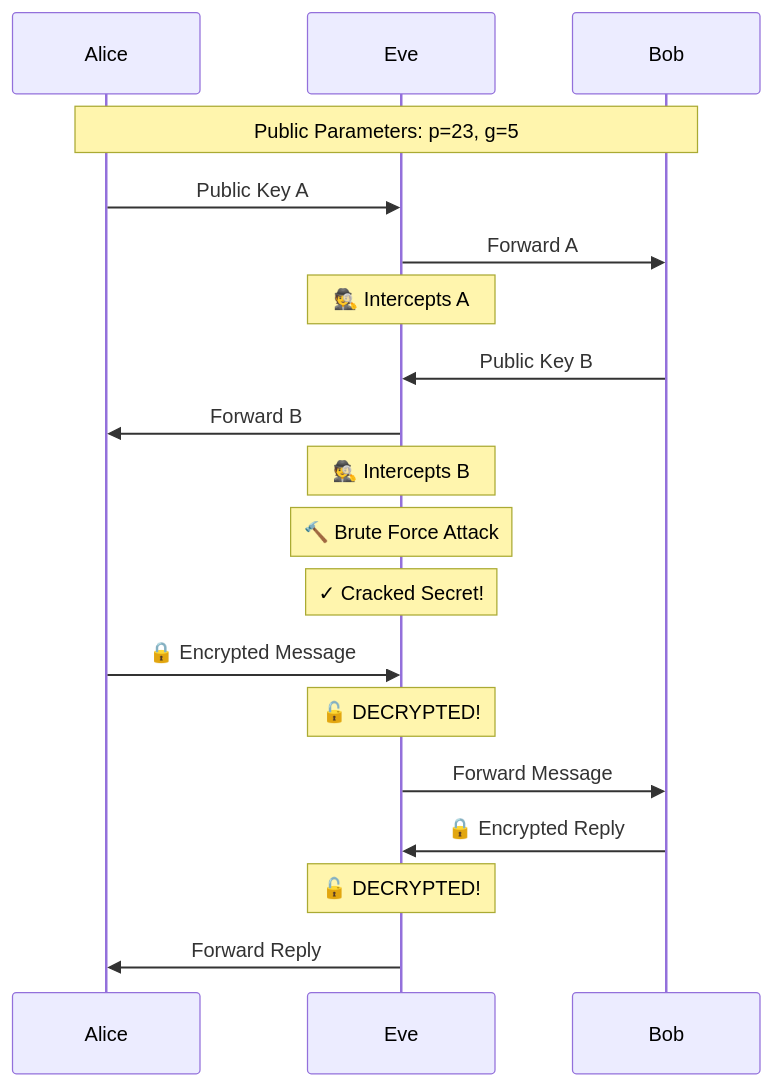
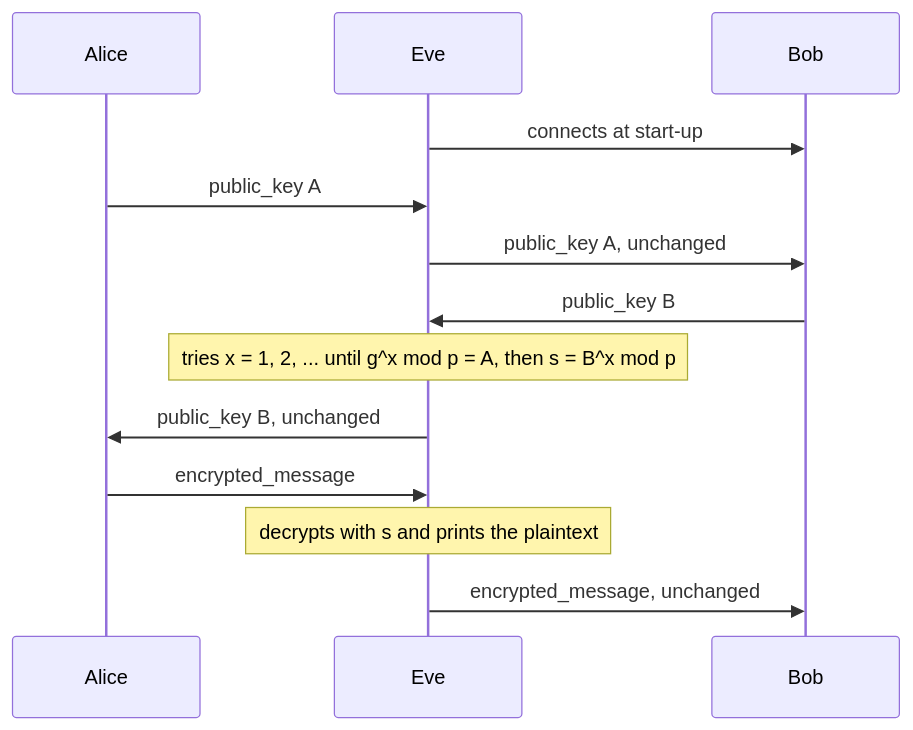
One commit to Fede-Berga/diffie-hellman-demo changed the second of 2 diagrams in README.md. Above: the diagram before and after it, drawn with Mermaid. The commit also changed other lines of this file and 3 other files, not shown here.

````diff
--- a/README.md
+++ b/README.md
@@ -139,27 +53,15 @@
 ```mermaid
 sequenceDiagram
     participant Alice
     participant Eve
     participant Bob
-    
-    Note over Alice,Bob: Public Parameters: p=23, g=5
-    
-    Alice->>Eve: Public Key A
-    Eve->>Bob: Forward A
-    Note over Eve: 🕵️ Intercepts A
-    
-    Bob->>Eve: Public Key B
-    Eve->>Alice: Forward B
-    Note over Eve: 🕵️ Intercepts B
-    
-    Note over Eve: 🔨 Brute Force Attack
-    Note over Eve: ✓ Cracked Secret!
-    
-    Alice->>Eve: 🔒 Encrypted Message
-    Note over Eve: 🔓 DECRYPTED!
-    Eve->>Bob: Forward Message
-    
-    Bob->>Eve: 🔒 Encrypted Reply
-    Note over Eve: 🔓 DECRYPTED!
-    Eve->>Alice: Forward Reply
+    Eve->>Bob: connects at start-up
+    Alice->>Eve: public_key A
+    Eve->>Bob: public_key A, unchanged
+    Bob->>Eve: public_key B
+    Note over Eve: tries x = 1, 2, ... until g^x mod p = A, then s = B^x mod p
+    Eve->>Alice: public_key B, unchanged
+    Alice->>Eve: encrypted_message
+    Note over Eve: decrypts with s and prints the plaintext
+    Eve->>Bob: encrypted_message, unchanged
 ```
````
